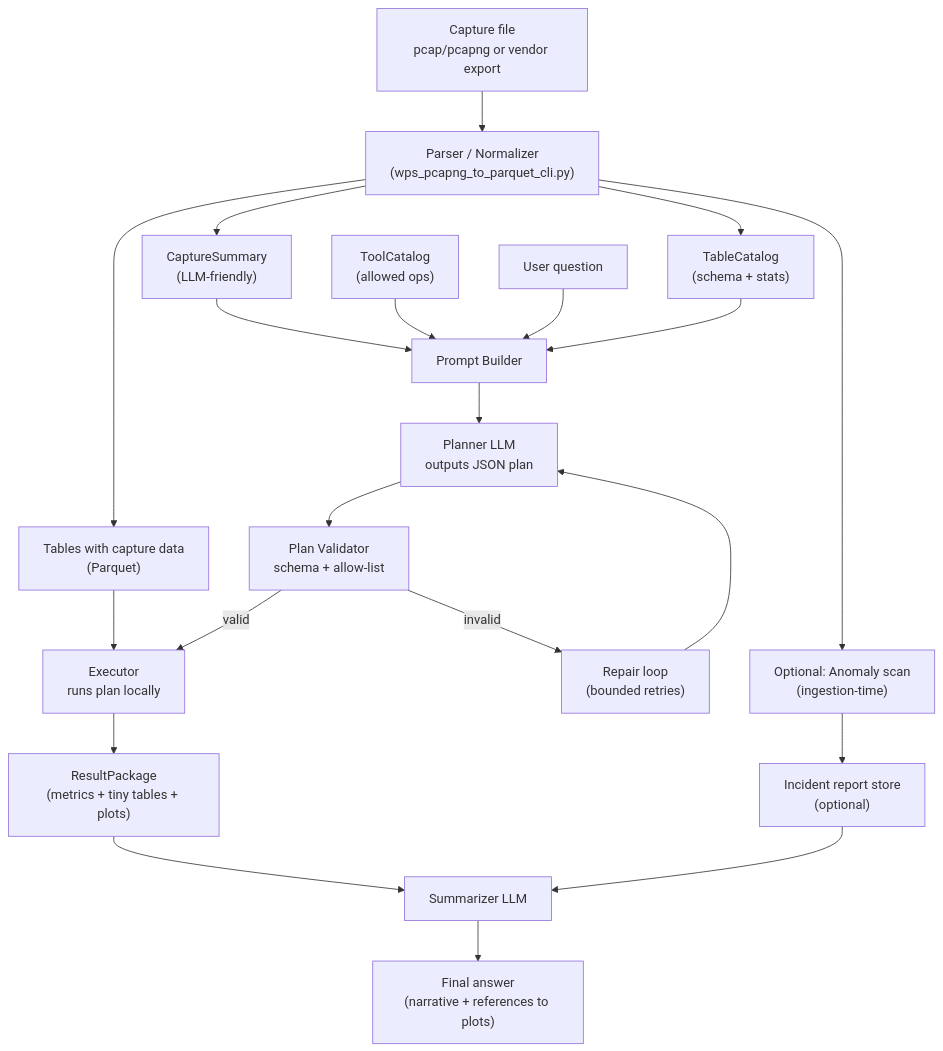
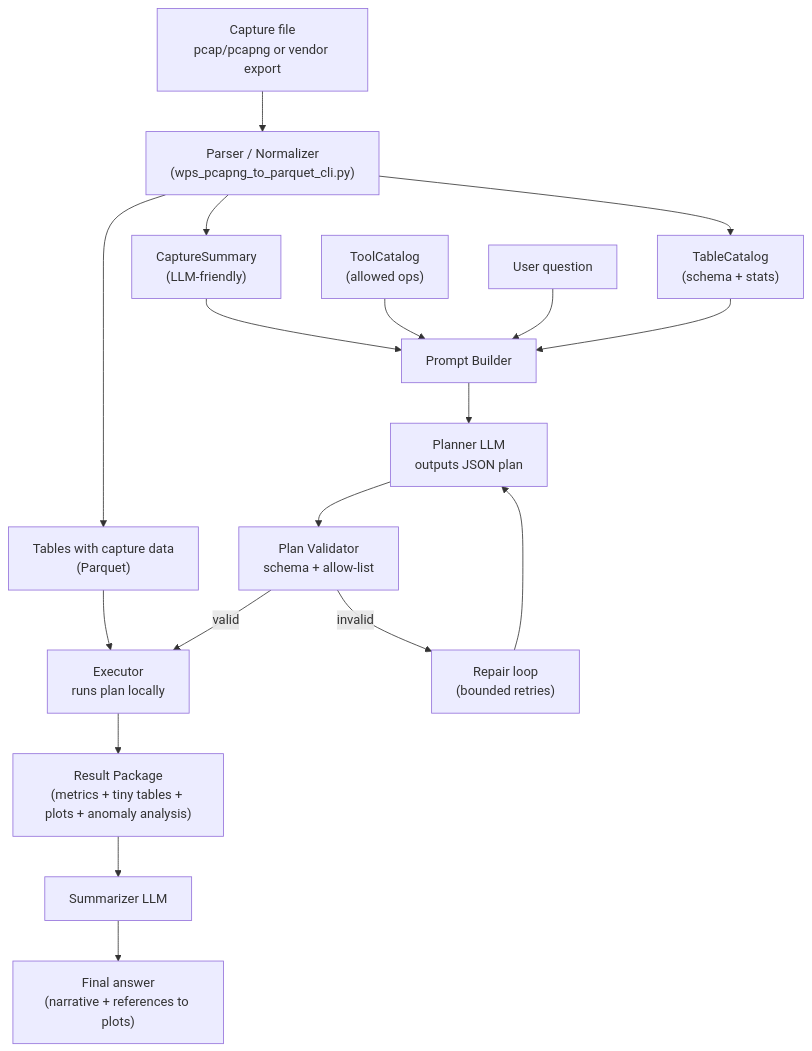
One commit to potto216/wps-examples changed the first of 3 diagrams in usecase/llm_rag_ml/llm_guided_stat_analyst_design.md. Above: the diagram before and after it, drawn with Mermaid. The commit also changed other lines of this file, not shown here.

````diff
--- a/usecase/llm_rag_ml/llm_guided_stat_analyst_design.md
+++ b/usecase/llm_rag_ml/llm_guided_stat_analyst_design.md
@@ -52,26 +53,23 @@
 ```mermaid
 flowchart TD
   A["Capture file<br/>pcap/pcapng or vendor export"] --> B["Parser / Normalizer<br/>(wps_pcapng_to_parquet_cli.py)"]
   B --> C["Tables with capture data<br/>(Parquet)"]
   B --> D["CaptureSummary<br/>(LLM-friendly)"]
   B --> E["TableCatalog<br/>(schema + stats)"]
-  B --> F["Optional: Anomaly scan<br/>(ingestion-time)"]
-
+  
   D --> G[Prompt Builder]
   E --> G
   H["ToolCatalog<br/>(allowed ops)"] --> G
   I[User question] --> G
 
   G --> J[Planner LLM<br/>outputs JSON plan]
   J --> K[Plan Validator<br/>schema + allow-list]
   K -->|valid| L[Executor<br/>runs plan locally]
   C --> L
   K -->|invalid| J2["Repair loop<br/>(bounded retries)"]
   J2 --> J
 
-  L --> M["ResultPackage<br/>(metrics + tiny tables + plots)"]
+  L --> M["Result Package<br/>(metrics + tiny tables + plots + anomaly analysis)"]
   M --> N[Summarizer LLM]
-  N --> O["Final answer<br/>(narrative + references to plots)"]
-  F --> P["Incident report store<br/>(optional)"]
-  P --> N
+  N --> O["Final answer<br/>(narrative + references to plots)"]  
 ```
````
